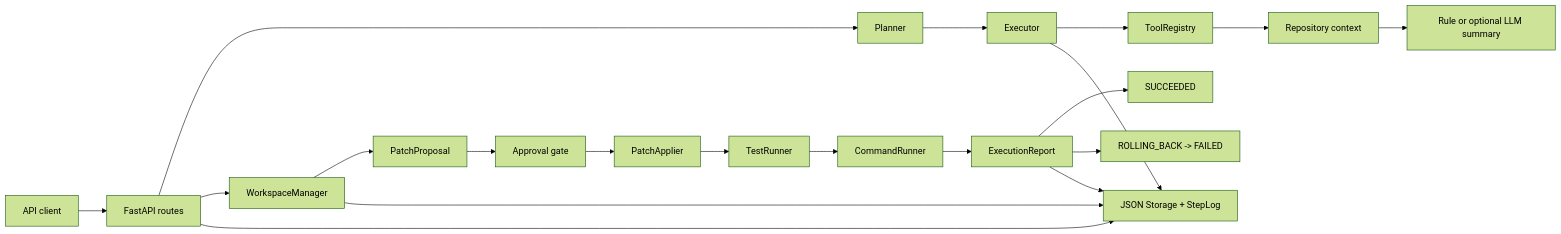
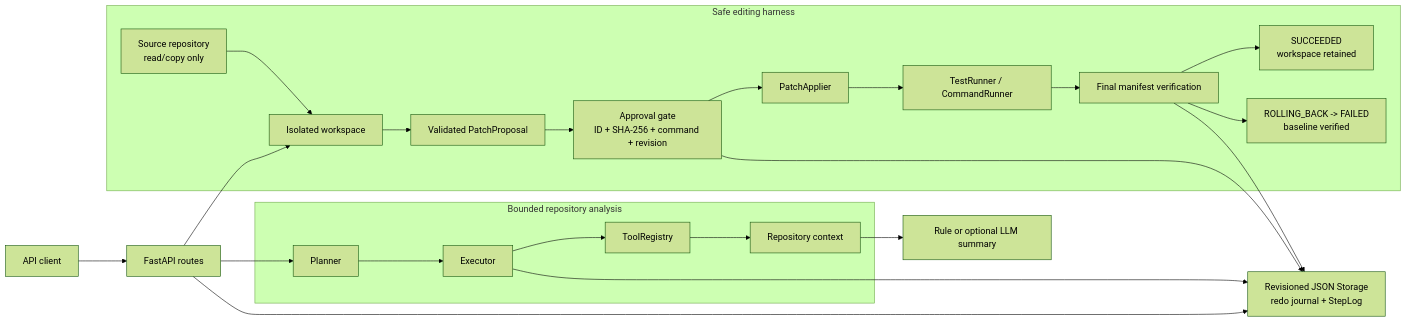
The first of 2 diagrams in README.md (liz312948-crypto/opencode-lite), drawn with Mermaid (forest theme) before and after one commit. The commit also changed other lines of this file, not shown here.

Commit message:
docs: improve v0.3 quick start and architecture

````diff
--- a/README.md
+++ b/README.md
@@ -83,22 +140,23 @@
 ```mermaid
 flowchart LR
     U["API client"] --> A["FastAPI routes"]
-    A --> P["Planner"]
-    P --> E["Executor"]
-    E --> T["ToolRegistry"]
-    T --> C["Repository context"]
+    subgraph Analysis["Bounded repository analysis"]
+        P["Planner"] --> E["Executor"] --> T["ToolRegistry"] --> C["Repository context"]
+    end
+    subgraph Editing["Safe editing harness"]
+        SRC["Source repository<br/>read/copy only"] --> W["Isolated workspace"]
+        W --> PP["Validated PatchProposal"]
+        PP --> G["Approval gate<br/>ID + SHA-256 + command + revision"]
+        G --> PA["PatchApplier"] --> TR["TestRunner / CommandRunner"]
+        TR --> V["Final manifest verification"]
+        V --> OK["SUCCEEDED<br/>workspace retained"]
+        V --> RB["ROLLING_BACK -> FAILED<br/>baseline verified"]
+    end
+    A --> P
+    A --> W
     C --> S["Rule or optional LLM summary"]
-    A --> W["WorkspaceManager"]
-    W --> PP["PatchProposal"]
-    PP --> G["Approval gate"]
-    G --> PA["PatchApplier"]
-    PA --> TR["TestRunner"]
-    TR --> CR["CommandRunner"]
-    CR --> R["ExecutionReport"]
-    R --> OK["SUCCEEDED"]
-    R --> RB["ROLLING_BACK -> FAILED"]
-    A --> J["JSON Storage + StepLog"]
+    A --> J["Revisioned JSON Storage<br/>redo journal + StepLog"]
     E --> J
-    W --> J
-    R --> J
+    G --> J
+    V --> J
 ```
````
